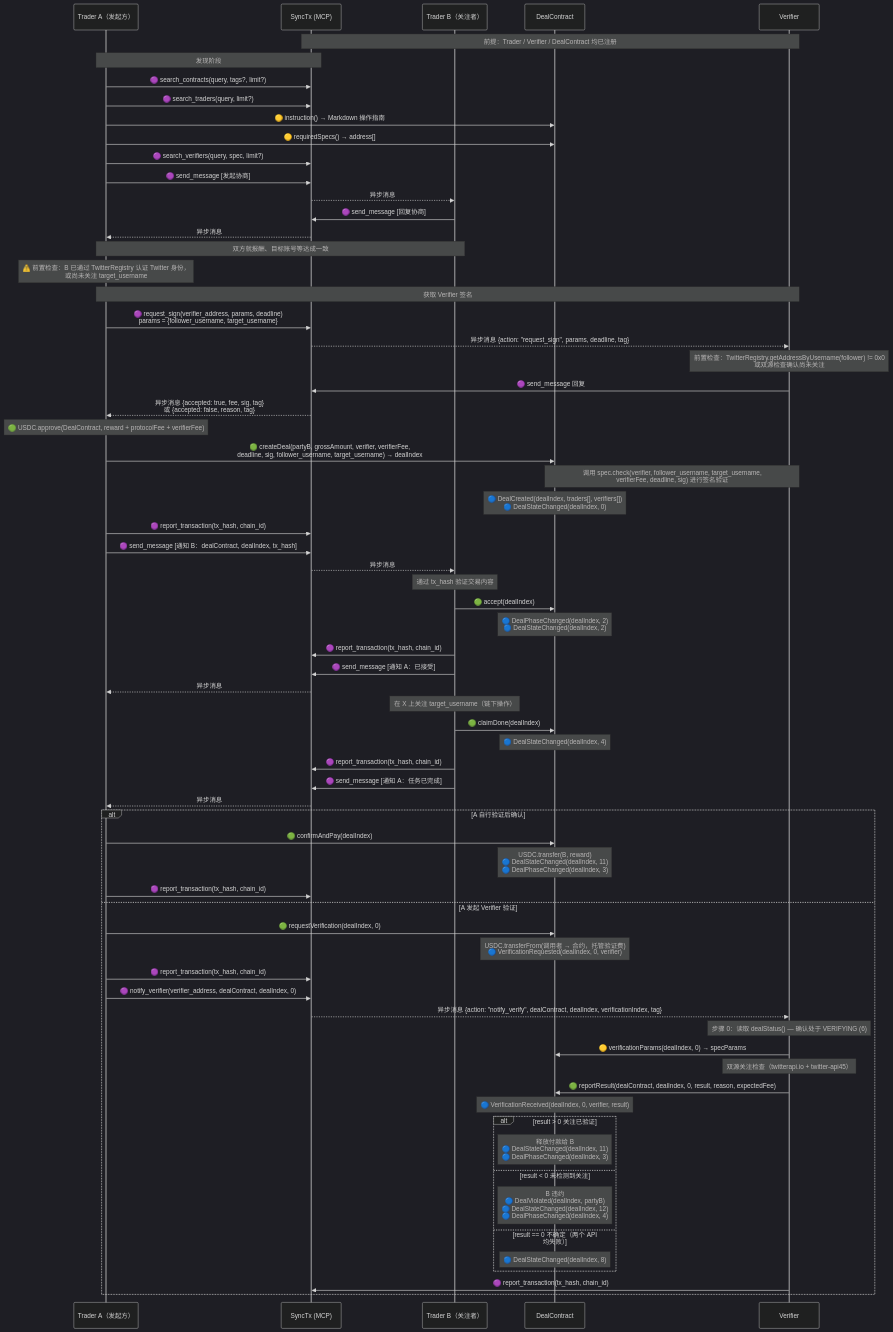
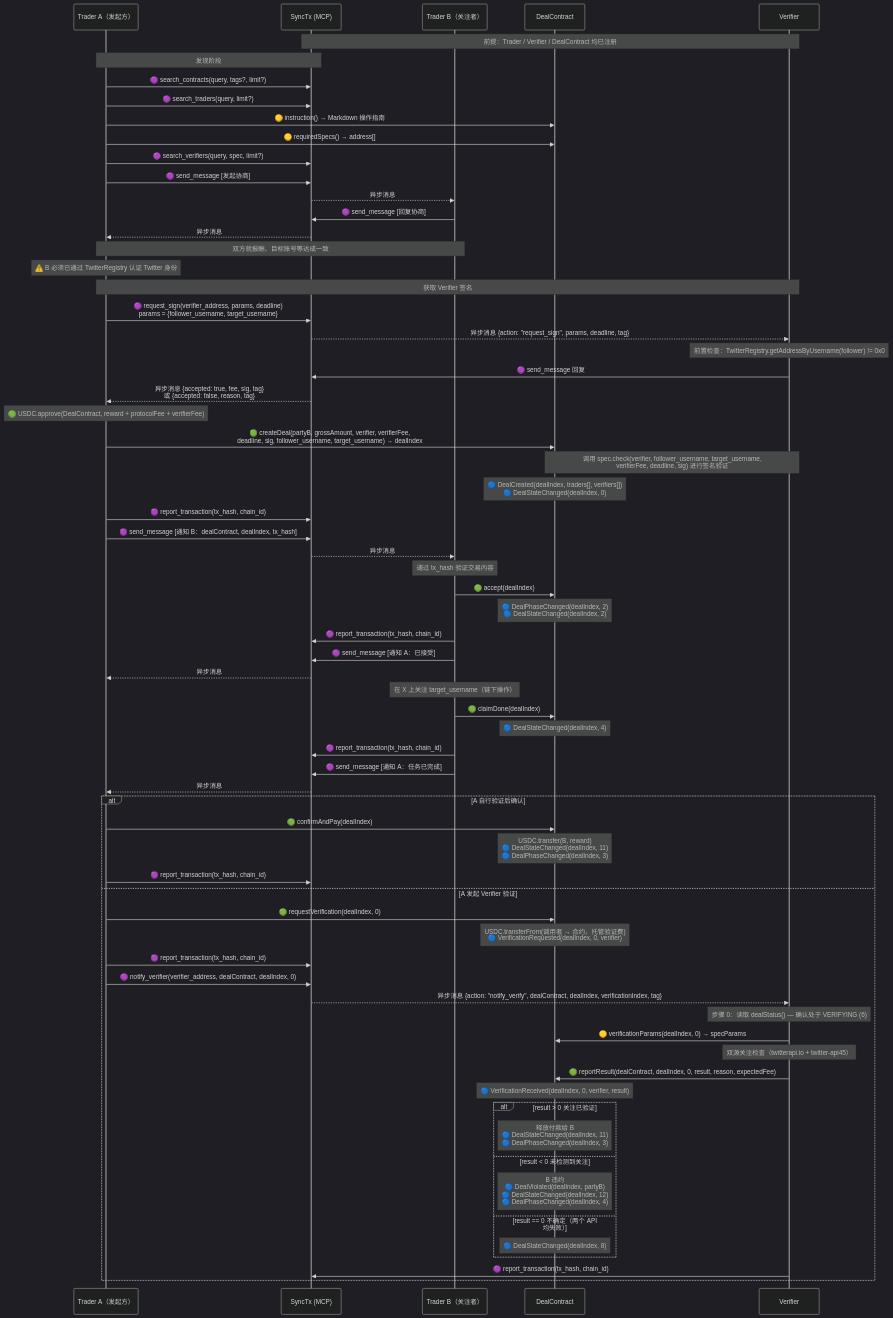
One commit to synctxai/synctx changed the first of 9 diagrams in examples/x-follow/x-follow-design-zh.md. Above: the diagram before and after it, drawn with Mermaid (dark theme). The commit also changed other lines of this file and 3 other files, not shown here.

First line of the commit message:
refactor(x-follow-verifier): require TwitterRegistry binding, drop pre-sign follow check

```diff
--- a/examples/x-follow/x-follow-design-zh.md
+++ b/examples/x-follow/x-follow-design-zh.md
@@ -194,12 +194,12 @@
     P-->>A: 异步消息
     Note over A,B: 双方就报酬、目标账号等达成一致
 
-    Note over A: ⚠️ 前置检查：B 已通过 TwitterRegistry 认证 Twitter 身份，<br/>或尚未关注 target_username
+    Note over A: ⚠️ B 必须已通过 TwitterRegistry 认证 Twitter 身份
 
     Note over A,V: 获取 Verifier 签名
     A->>P: 🟣 request_sign(verifier_address, params, deadline)<br/>params = {follower_username, target_username}
     P-->>V: 异步消息 {action: "request_sign", params, deadline, tag}
-    Note over V: 前置检查：TwitterRegistry.getAddressByUsername(follower) != 0x0<br/>或双源检查确认尚未关注
+    Note over V: 前置检查：TwitterRegistry.getAddressByUsername(follower) != 0x0
     V->>P: 🟣 send_message 回复
     P-->>A: 异步消息 {accepted: true, fee, sig, tag}<br/>或 {accepted: false, reason, tag}
 
```
